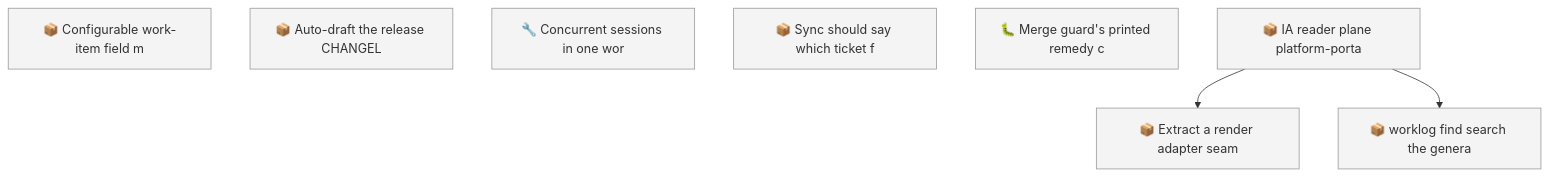
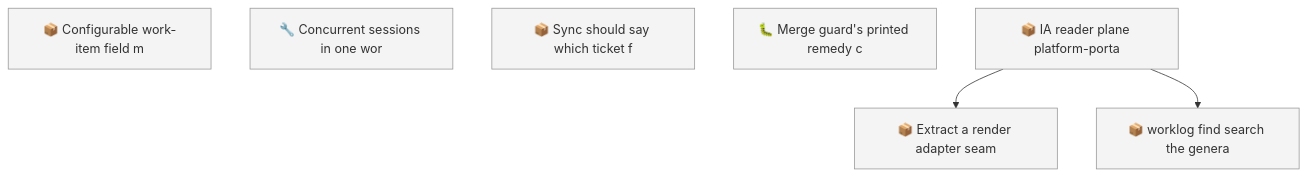
Before and after one commit to SpillwaveSolutions/wiki_ticket_sdd: the first of 2 diagrams in docs/roadmap.md, drawn with Mermaid. The commit also changed other lines of this file and 16 other files, not shown here.

````diff
--- a/docs/roadmap.md
+++ b/docs/roadmap.md
@@ -53,15 +52,14 @@
 ```mermaid
 graph TD
     01KY5NE0ZYGBWG44N0KPEBFCZ8["📦 Configurable work-item field m"]
-    01KYAC0AC01R4C6W7YY1X8NVRV["📦 Auto-draft the release CHANGEL"]
     01KYNHEV5GCR1MDNECAXFT0GK2["🔧 Concurrent sessions in one wor"]
     01KYNHEVDSD4BTASXCTV88Q80Q["📦 Sync should say which ticket f"]
     01KYWGJD1QCQRM6V6S0MWN5SCW["🐛 Merge guard's printed remedy c"]
     01KYWGM3KPNQNSWV03FRG23ADB["📦 IA reader plane platform-porta"]
     01KYWGM3R13Q33YZ3PJA3V7QMD["📦 Extract a render adapter seam"]
     01KYWGM3W958F3QK4HB52X1Q1X["📦 worklog find search the genera"]
     01KYWGM3KPNQNSWV03FRG23ADB --> 01KYWGM3R13Q33YZ3PJA3V7QMD
     01KYWGM3KPNQNSWV03FRG23ADB --> 01KYWGM3W958F3QK4HB52X1Q1X
     classDef todo fill:#f4f4f4,stroke:#999999
-    class 01KY5NE0ZYGBWG44N0KPEBFCZ8,01KYAC0AC01R4C6W7YY1X8NVRV,01KYNHEV5GCR1MDNECAXFT0GK2,01KYNHEVDSD4BTASXCTV88Q80Q,01KYWGJD1QCQRM6V6S0MWN5SCW,01KYWGM3KPNQNSWV03FRG23ADB,01KYWGM3R13Q33YZ3PJA3V7QMD,01KYWGM3W958F3QK4HB52X1Q1X todo
+    class 01KY5NE0ZYGBWG44N0KPEBFCZ8,01KYNHEV5GCR1MDNECAXFT0GK2,01KYNHEVDSD4BTASXCTV88Q80Q,01KYWGJD1QCQRM6V6S0MWN5SCW,01KYWGM3KPNQNSWV03FRG23ADB,01KYWGM3R13Q33YZ3PJA3V7QMD,01KYWGM3W958F3QK4HB52X1Q1X todo
 ```
````
